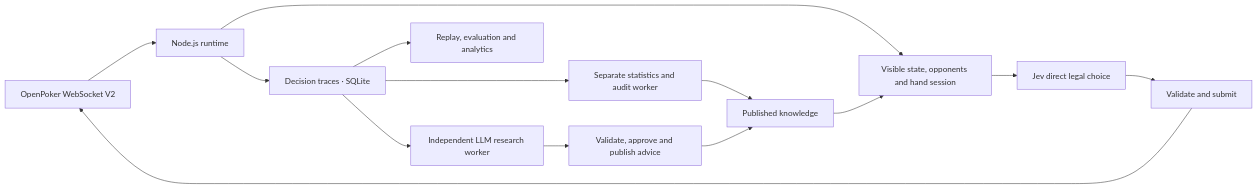
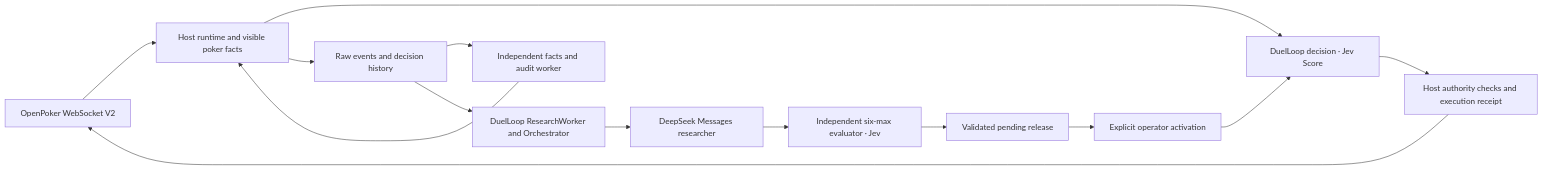
Before and after one commit to hewenyu/jev-card-agent: the diagram in README.md, drawn with Mermaid. The commit also changed other lines of this file and 128 other files, not shown here.

Commit message:
refactor: move live poker and asynchronous research to DuelLoop

````diff
--- a/README.md
+++ b/README.md
@@ -38,16 +29,16 @@
 ```mermaid
 flowchart LR
-  O[OpenPoker WebSocket V2] --> R[Node.js runtime]
-  R --> C[Visible state, opponents and hand session]
-  C --> J[Jev direct legal choice]
-  J --> V[Validate and submit]
-  V --> O
-  R --> T[Decision traces · SQLite]
-  T --> E[Replay, evaluation and analytics]
-  T --> S[Separate statistics and audit worker]
-  S --> K[Published knowledge]
-  T --> L[Independent LLM research worker]
-  L --> P[Validate, approve and publish advice]
-  P --> K
-  K --> C
+  O[OpenPoker WebSocket V2] --> H[Host runtime and visible poker facts]
+  H --> D[DuelLoop decision · Jev Score]
+  D --> X[Host authority checks and execution receipt]
+  X --> O
+  H --> R[Raw events and decision history]
+  R --> F[Independent facts and audit worker]
+  F --> H
+  R --> S[DuelLoop ResearchWorker and Orchestrator]
+  S --> L[DeepSeek Messages researcher]
+  L --> E[Independent six-max evaluator · Jev]
+  E --> P[Validated pending release]
+  P --> A[Explicit operator activation]
+  A --> D
 ```
````
